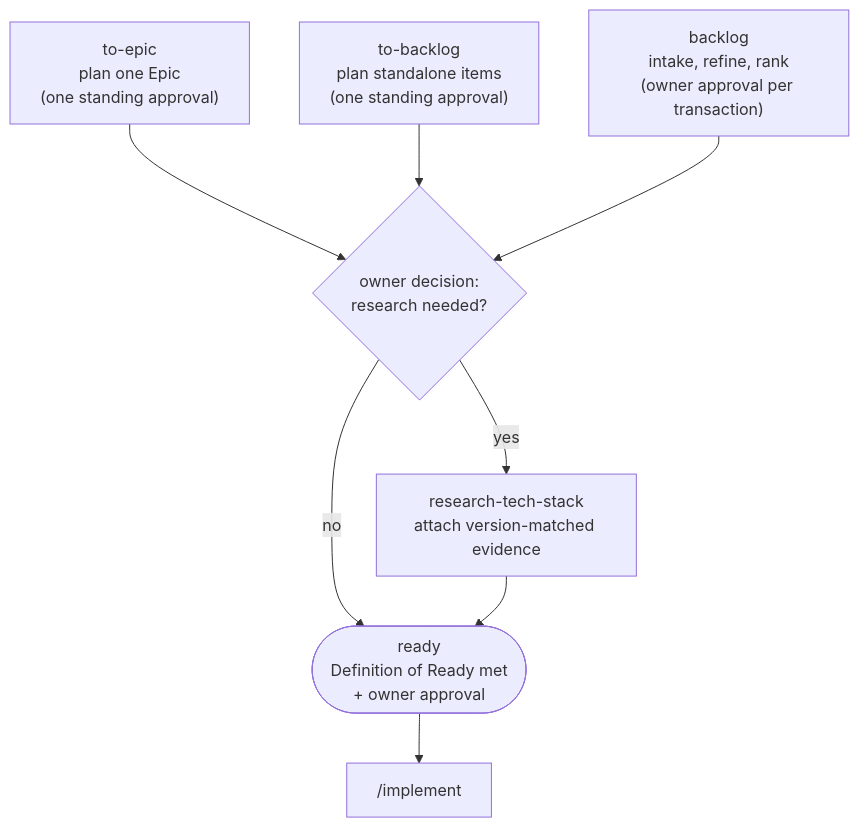
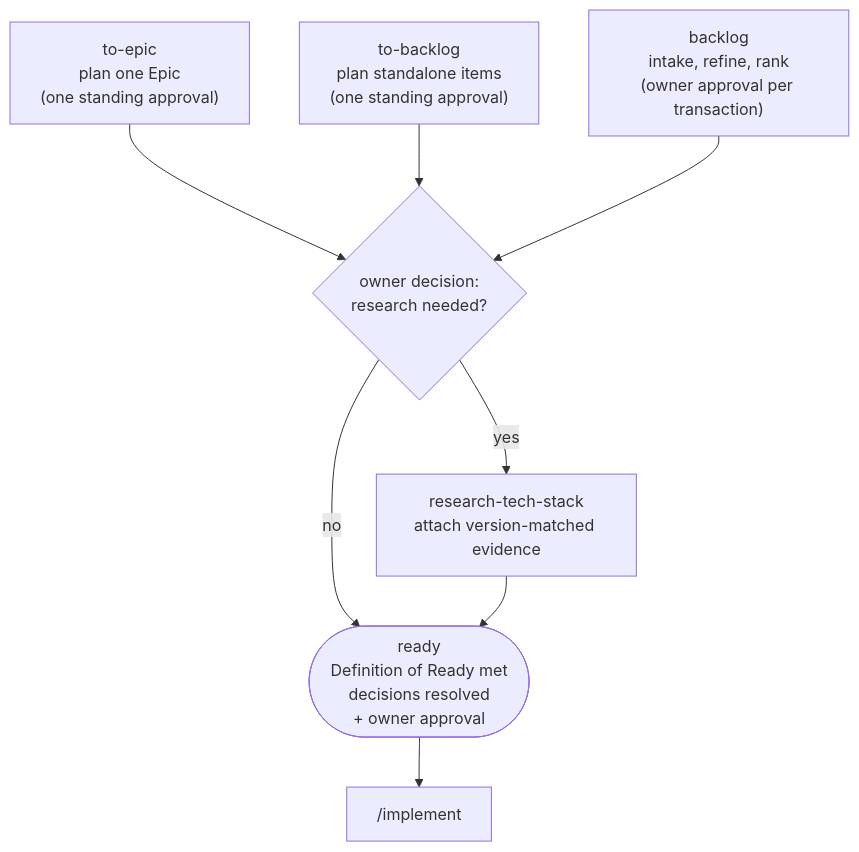
The second of 4 diagrams in README.md (beeltec/skills), drawn with Mermaid before and after one commit. The commit also changed other lines of this file and 21 other files, not shown here.

````diff
--- a/README.md
+++ b/README.md
@@ -42,12 +44,12 @@
 ```mermaid
 flowchart TD
     TE["to-epic<br/>plan one Epic<br/>(one standing approval)"] --> DEC
     TB["to-backlog<br/>plan standalone items<br/>(one standing approval)"] --> DEC
     BL["backlog<br/>intake, refine, rank<br/>(owner approval per transaction)"] --> DEC
     DEC{"owner decision:<br/>research needed?"}
     DEC -->|yes| RT["research-tech-stack<br/>attach version-matched evidence"]
     DEC -->|no| RDY
     RT --> RDY
-    RDY(["ready<br/>Definition of Ready met<br/>+ owner approval"])
+    RDY(["ready<br/>Definition of Ready met<br/>decisions resolved<br/>+ owner approval"])
     RDY --> IMP["/implement"]
 ```
````
